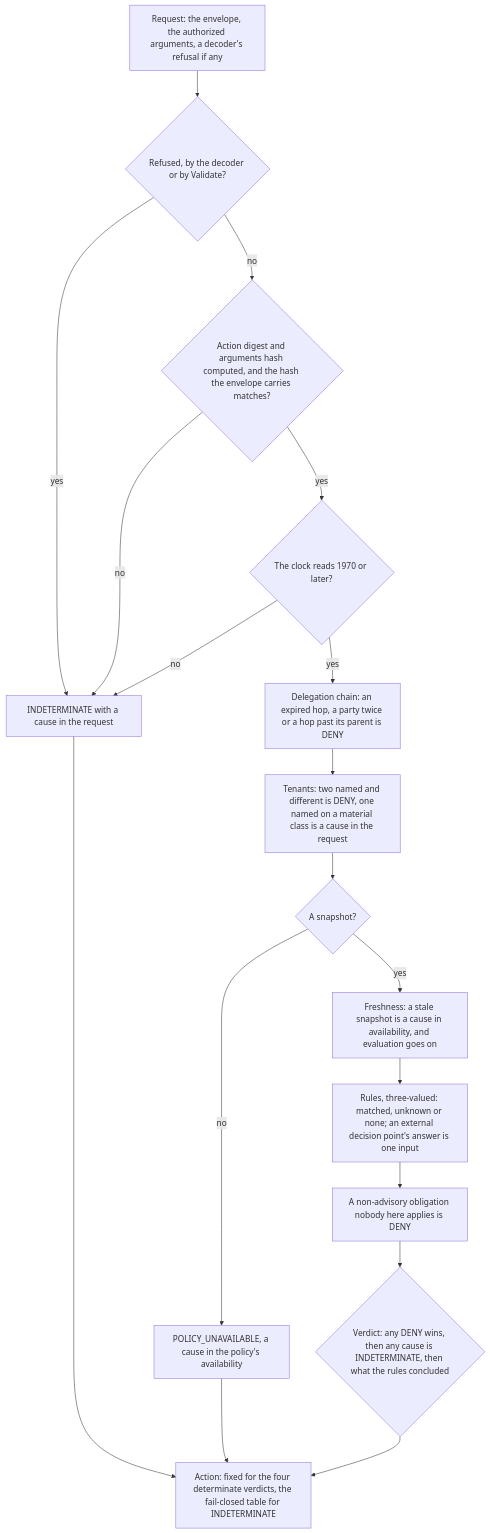
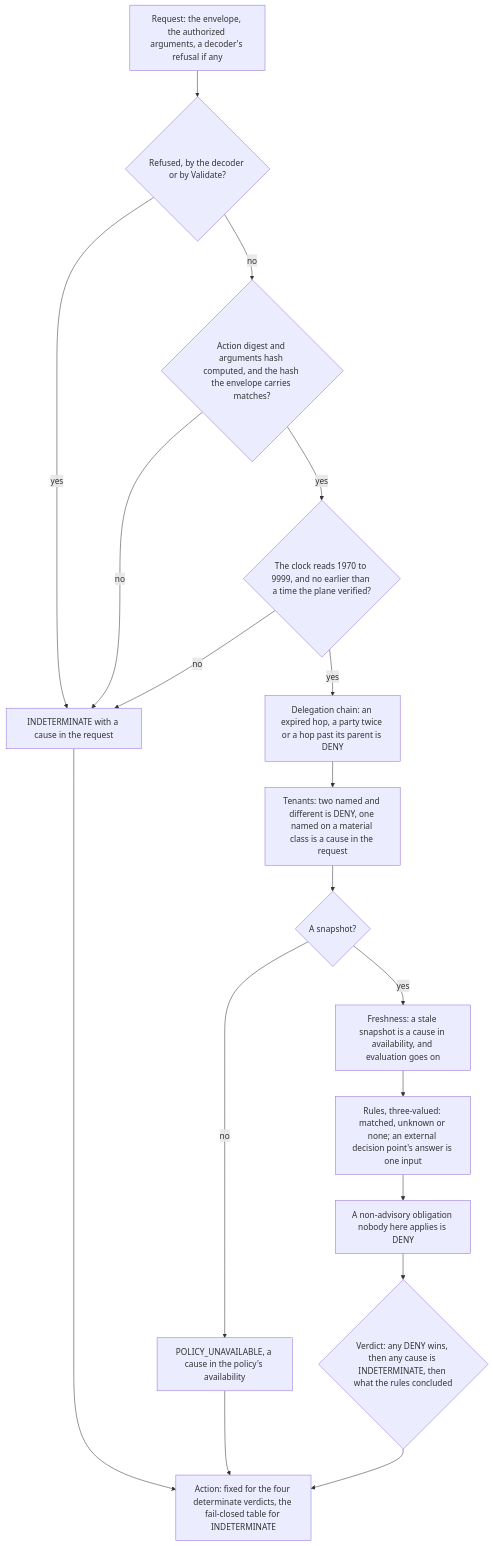
The diagram in docs/concepts/how-a-call-is-decided.md (guardana/control), drawn with Mermaid before and after one commit. The commit also changed other lines of this file and 48 other files, not shown here.

````diff
--- a/docs/concepts/how-a-call-is-decided.md
+++ b/docs/concepts/how-a-call-is-decided.md
@@ -20,22 +21,22 @@
 ```mermaid
 flowchart TD
     accTitle: The order of a decision
-    accDescr: A refused or mismatched request, or a clock reading before 1970, is INDETERMINATE; otherwise the delegation chain, the tenants, the snapshot and its freshness, the rules and the obligations are read in turn; any DENY wins, any cause makes the verdict INDETERMINATE, and the action follows from the verdict.
+    accDescr: A refused or mismatched request, or a clock reading the kernel cannot judge by, is INDETERMINATE; otherwise the delegation chain, the tenants, the snapshot and its freshness, the rules and the obligations are read in turn; any DENY wins, any cause makes the verdict INDETERMINATE, and the action follows from the verdict.
     A["Request: the envelope, the authorized arguments, a decoder's refusal if any"] --> B{"Refused, by the decoder or by Validate?"}
     B -->|yes| R["INDETERMINATE with a cause in the request"]
     B -->|no| C{"Action digest and arguments hash computed, and the hash the envelope carries matches?"}
     C -->|no| R
-    C -->|yes| K{"The clock reads 1970 or later?"}
+    C -->|yes| K{"The clock reads 1970 to 9999, and no earlier than a time the plane verified?"}
     K -->|no| R
     K -->|yes| D["Delegation chain: an expired hop, a party twice or a hop past its parent is DENY"]
     D --> E["Tenants: two named and different is DENY, one named on a material class is a cause in the request"]
     E --> F{"A snapshot?"}
     F -->|no| U["POLICY_UNAVAILABLE, a cause in the policy's availability"]
     F -->|yes| G["Freshness: a stale snapshot is a cause in availability, and evaluation goes on"]
     G --> H["Rules, three-valued: matched, unknown or none; an external decision point's answer is one input"]
     H --> I["A non-advisory obligation nobody here applies is DENY"]
     I --> V{"Verdict: any DENY wins, then any cause is INDETERMINATE, then what the rules concluded"}
     R --> T["Action: fixed for the four determinate verdicts, the fail-closed table for INDETERMINATE"]
     U --> T
     V --> T
 ```
````
